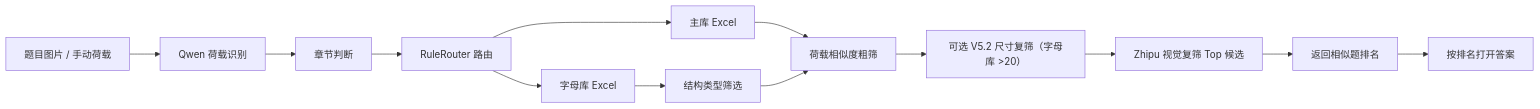
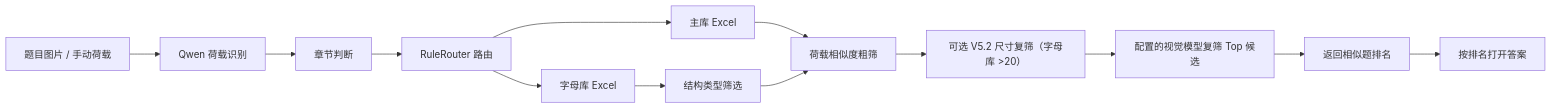
The diagram in README.md (chai11w/structural-mechanics-ai-search), drawn with Mermaid before and after one commit. The commit also changed other lines of this file and 13 other files, not shown here.

````diff
--- a/README.md
+++ b/README.md
@@ -208,15 +208,15 @@
 ```mermaid
 flowchart LR
     A["题目图片 / 手动荷载"] --> B["Qwen 荷载识别"]
     B --> C["章节判断"]
     C --> D["RuleRouter 路由"]
     D --> E["主库 Excel"]
     D --> F["字母库 Excel"]
     F --> G["结构类型筛选"]
     E --> H["荷载相似度粗筛"]
     G --> H
     H --> X["可选 V5.2 尺寸复筛（字母库 >20）"]
-    X --> I["Zhipu 视觉复筛 Top 候选"]
+    X --> I["配置的视觉模型复筛 Top 候选"]
     I --> J["返回相似题排名"]
     J --> K["按排名打开答案"]
 ```
````
